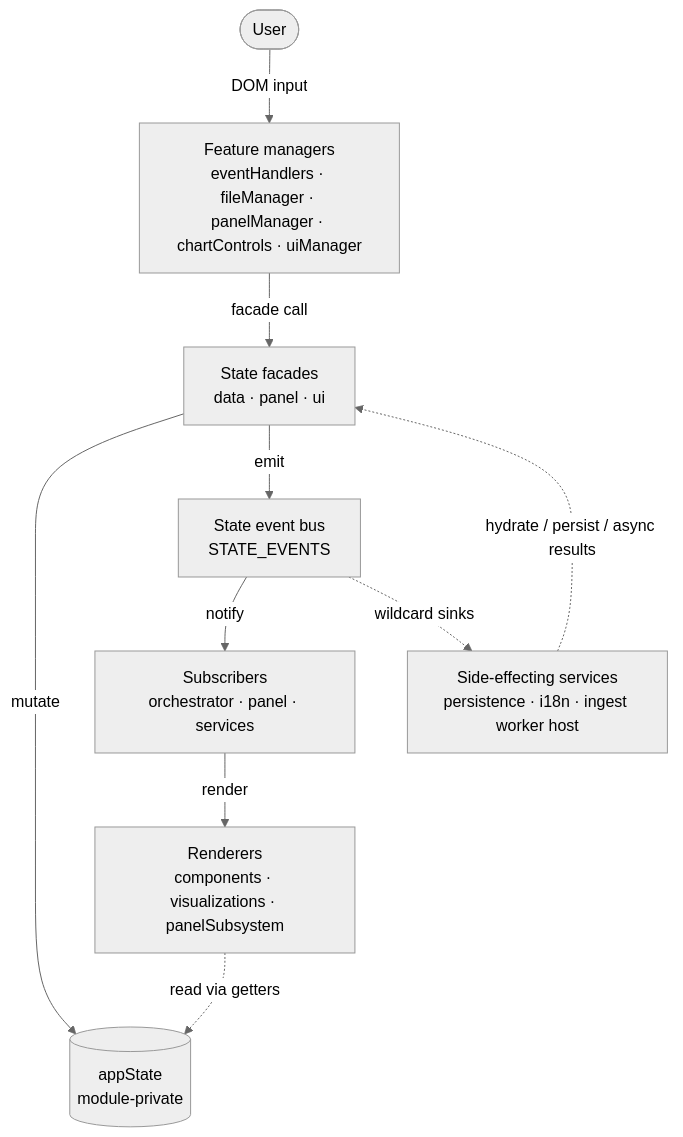
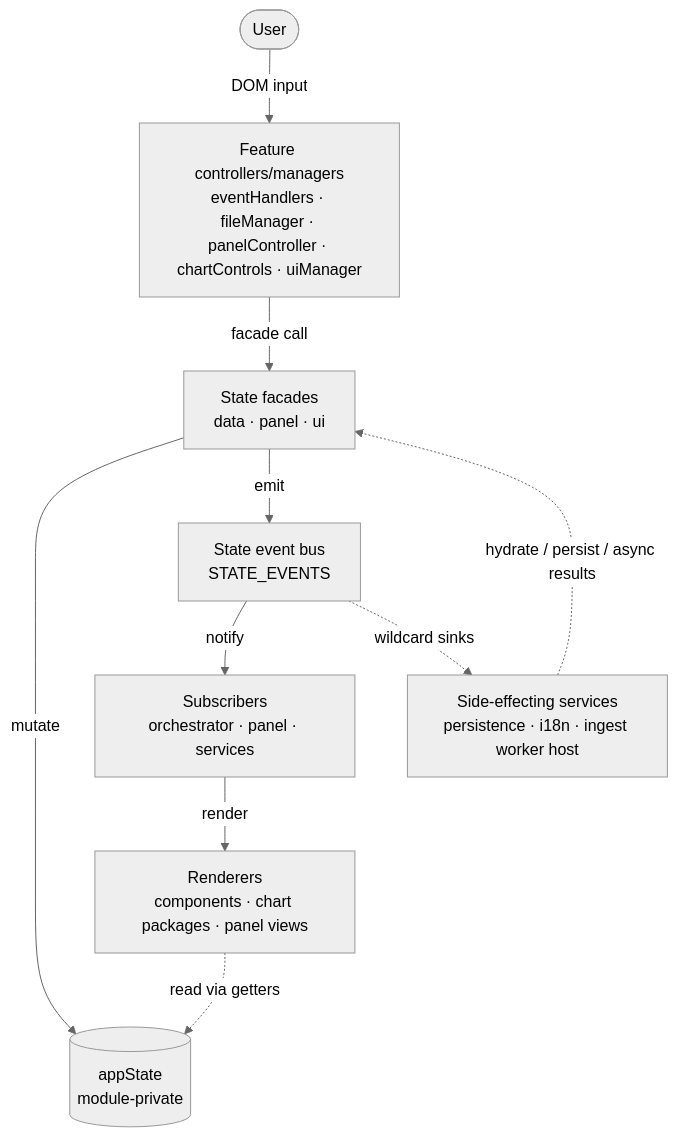
The diagram in docs/development/architecture.md (GabrielInada/CHIVE), drawn with Mermaid (neutral theme) before and after one commit. The commit also changed other lines of this file and 39 other files, not shown here.

````diff
--- a/docs/development/architecture.md
+++ b/docs/development/architecture.md
@@ -49,21 +49,21 @@
 ```mermaid
 flowchart TB
     U(["User"])
-    CTRL["Feature managers<br/>eventHandlers · fileManager · panelManager · chartControls · uiManager"]
+    CTRL["Feature controllers/managers<br/>eventHandlers · fileManager · panelController · chartControls · uiManager"]
     FAC["State facades<br/>data · panel · ui"]
     STATE[("appState<br/>module-private")]
     BUS["State event bus<br/>STATE_EVENTS"]
     SUB["Subscribers<br/>orchestrator · panel · services"]
-    VIEW["Renderers<br/>components · visualizations · panelSubsystem"]
+    VIEW["Renderers<br/>components · chart packages · panel views"]
     SERVICES["Side-effecting services<br/>persistence · i18n · ingest worker host"]
 
     U -- DOM input --> CTRL
     CTRL -- facade call --> FAC
     FAC -- mutate --> STATE
     FAC -- emit --> BUS
     BUS -- notify --> SUB
     SUB -- render --> VIEW
     VIEW -. read via getters .-> STATE
     SERVICES -. hydrate / persist / async results .-> FAC
     BUS -. wildcard sinks .-> SERVICES
 ```
````
